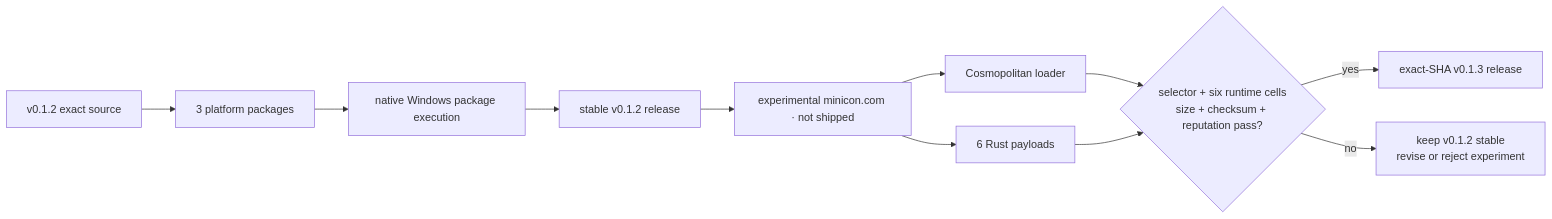
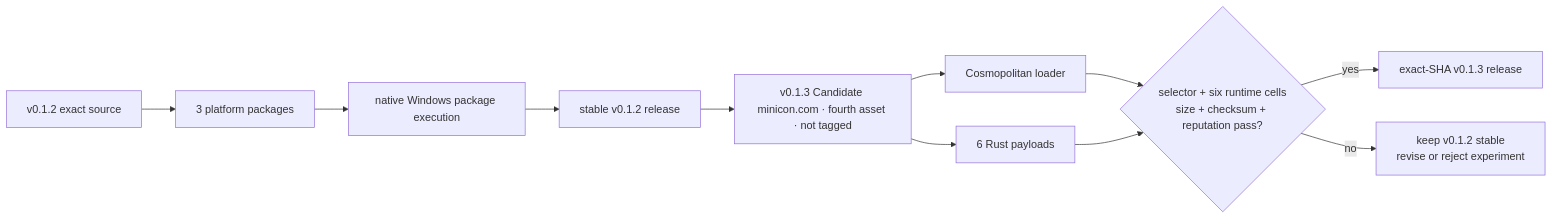
Before and after one commit to partnernetsoftware/minicon: the first of 3 diagrams in prd/PRD_02_27_con_delivery.md, drawn with Mermaid. The commit also changed other lines of this file and 3 other files, not shown here.

First line of the commit message:
docs: v0.1.3 Candidate plan for minicon.com fourth asset

````diff
--- a/prd/PRD_02_27_con_delivery.md
+++ b/prd/PRD_02_27_con_delivery.md
@@ -36,12 +33,12 @@
 ```mermaid
 flowchart LR
     S12["v0.1.2 exact source"] --> B12["3 platform packages"]
     B12 --> W12["native Windows package execution"]
     W12 --> R12["stable v0.1.2 release"]
-    R12 --> X13["experimental minicon.com · not shipped"]
+    R12 --> X13["v0.1.3 Candidate minicon.com · fourth asset · not tagged"]
     X13 --> L13["Cosmopolitan loader"]
     X13 --> P13["6 Rust payloads"]
     L13 & P13 --> G13{"selector + six runtime cells<br/>size + checksum + reputation pass?"}
     G13 -->|yes| R13["exact-SHA v0.1.3 release"]
     G13 -->|no| K12["keep v0.1.2 stable<br/>revise or reject experiment"]
 ```
````
